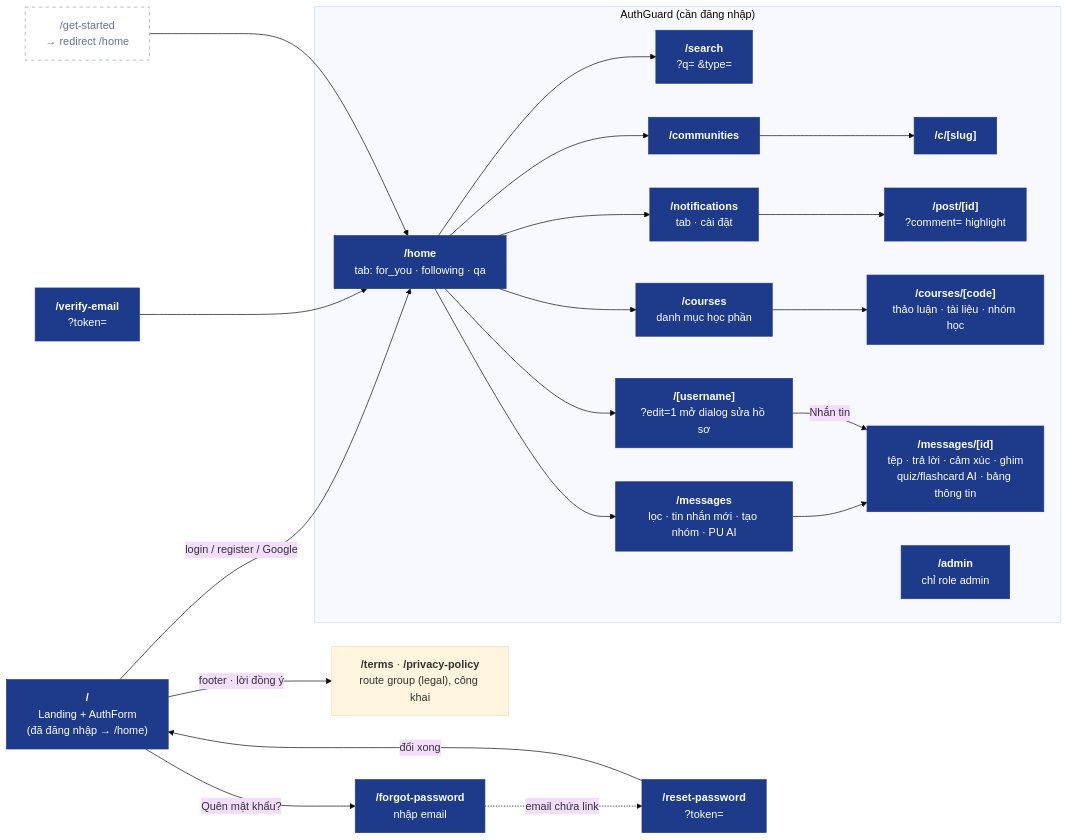
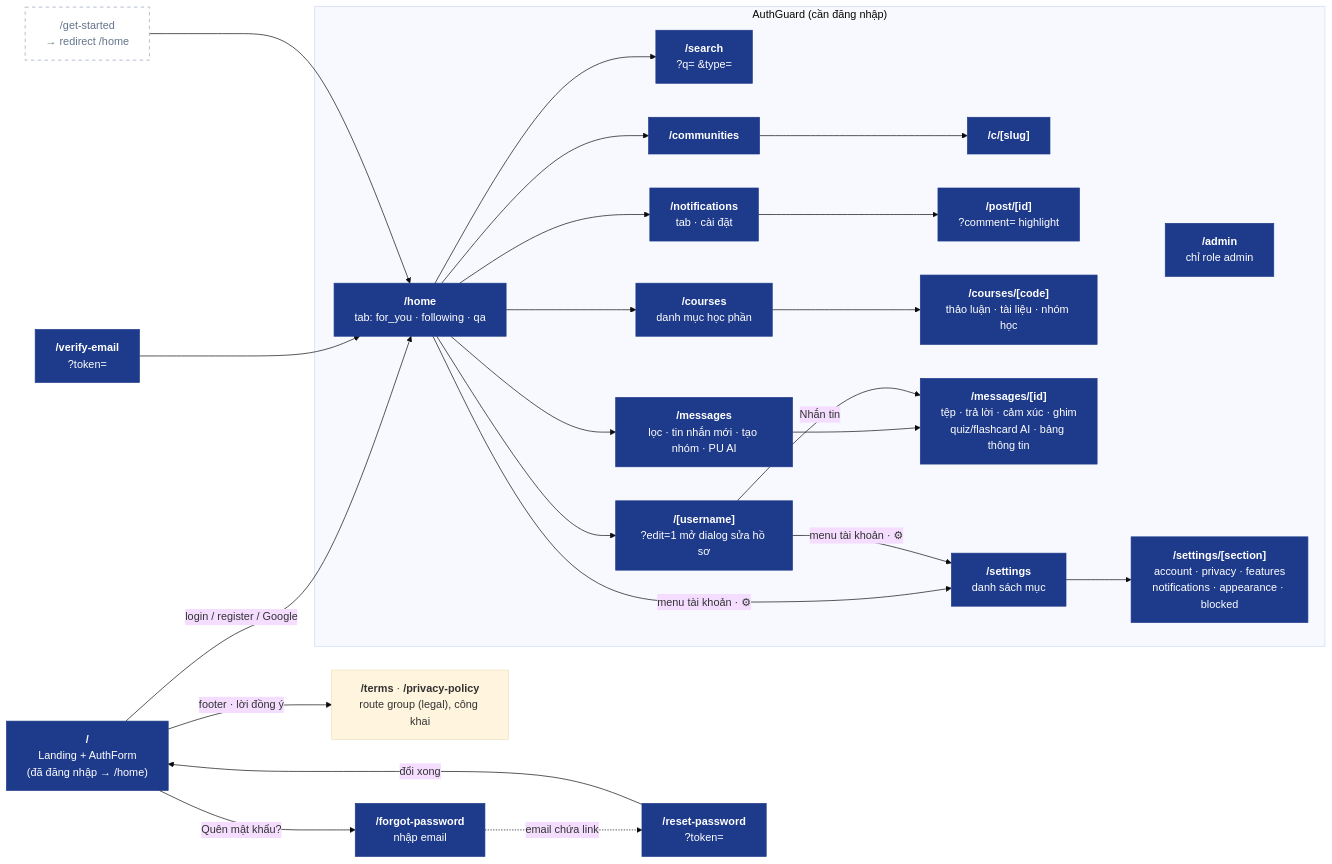
Before and after one commit to nhatcoi/pu-connect: the first of 2 diagrams in docs/diagrams/07-web-app.md, drawn with Mermaid (base theme). The commit also changed other lines of this file and 3 other files, not shown here.

Commit message:
docs(settings): document settings page, preferences endpoint and diagrams

````diff
--- a/docs/diagrams/07-web-app.md
+++ b/docs/diagrams/07-web-app.md
@@ -7,44 +7,48 @@
 ```mermaid
 flowchart LR
   landing["<b>/</b><br/>Landing + AuthForm<br/>(đã đăng nhập → /home)"]
   verify["<b>/verify-email</b><br/>?token="]
   forgot["<b>/forgot-password</b><br/>nhập email"]
   reset["<b>/reset-password</b><br/>?token="]
   getstarted["/get-started<br/>→ redirect /home"]
   legal["<b>/terms</b> · <b>/privacy-policy</b><br/>route group (legal), công khai"]
 
   subgraph guarded["AuthGuard (cần đăng nhập)"]
     home["<b>/home</b><br/>tab: for_you · following · qa"]
     search["<b>/search</b><br/>?q= &type="]
     comms["<b>/communities</b>"]
     comm["<b>/c/[slug]</b>"]
     profile["<b>/[username]</b><br/>?edit=1 mở dialog sửa hồ sơ"]
     notif["<b>/notifications</b><br/>tab · cài đặt"]
     post["<b>/post/[id]</b><br/>?comment= highlight"]
     courses["<b>/courses</b><br/>danh mục học phần"]
     course["<b>/courses/[code]</b><br/>thảo luận · tài liệu · nhóm học"]
     msgs["<b>/messages</b><br/>lọc · tin nhắn mới · tạo nhóm · PU AI"]
     thread["<b>/messages/[id]</b><br/>tệp · trả lời · cảm xúc · ghim<br/>quiz/flashcard AI · bảng thông tin"]
     adminp["<b>/admin</b><br/>chỉ role admin"]
+    settings["<b>/settings</b><br/>danh sách mục"]
+    settingsec["<b>/settings/[section]</b><br/>account · privacy · features<br/>notifications · appearance · blocked"]
   end
 
   landing -->|login / register / Google| home
   landing -->|footer · lời đồng ý| legal
   verify --> home
   landing -->|Quên mật khẩu?| forgot
   forgot -.->|email chứa link| reset
   reset -->|đổi xong| landing
   getstarted --> home
   home --> search & comms & profile & notif
   notif --> post
   comms --> comm
   home --> courses & msgs
   courses --> course
   msgs --> thread
   profile -->|Nhắn tin| thread
+  home & profile -->|menu tài khoản · ⚙| settings
+  settings --> settingsec
 
   classDef page fill:#1e3a8a,stroke:#1e3a8a,color:#fff
   classDef redirect fill:#fff,stroke:#94a3b8,color:#64748b,stroke-dasharray:5 5
-  class landing,verify,forgot,reset,home,search,comms,comm,profile,notif,post,courses,course,msgs,thread,adminp page
+  class landing,verify,forgot,reset,home,search,comms,comm,profile,notif,post,courses,course,msgs,thread,adminp,settings,settingsec page
   class getstarted redirect
 ```
````
